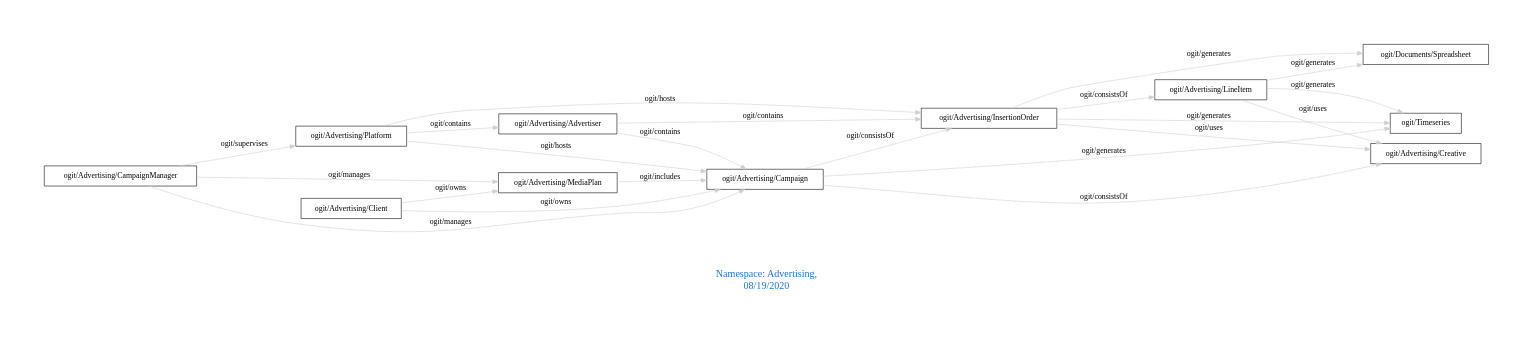
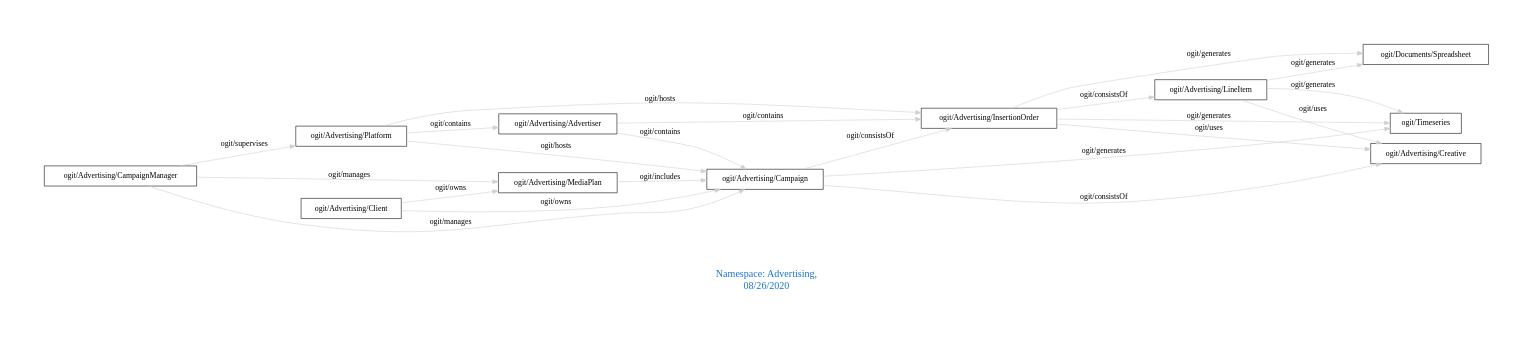
The diagram in downloads/Advertising.dot (arago/OGIT), drawn with Graphviz before and after one commit. The commit also changed 1814 other files, not shown here.

```diff
--- a/downloads/Advertising.dot
+++ b/downloads/Advertising.dot
@@ -1,29 +1,29 @@
 digraph OGIT_ontology {
  graph [ rankdir= LR,pad=1 
 fontsize = 18,
-fontcolor= dodgerblue3,label = "\n\n\nNamespace: Advertising, \n 08/19/2020"];
+fontcolor= dodgerblue3,label = "\n\n\nNamespace: Advertising, \n 08/26/2020"];
 node[shape=polygon];
 edge [  color="gray81"];
 
    "ogit/Advertising/Advertiser" -> "ogit/Advertising/Campaign" [label="   ogit/contains    "];
    "ogit/Advertising/Advertiser" -> "ogit/Advertising/InsertionOrder" [label="   ogit/contains    "];
    "ogit/Advertising/Platform" -> "ogit/Advertising/Advertiser" [label="   ogit/contains    "];
    "ogit/Advertising/CampaignManager" -> "ogit/Advertising/MediaPlan" [label="   ogit/manages    "];
    "ogit/Advertising/CampaignManager" -> "ogit/Advertising/Campaign" [label="   ogit/manages    "];
    "ogit/Advertising/Platform" -> "ogit/Advertising/Campaign" [label="   ogit/hosts    "];
    "ogit/Advertising/Platform" -> "ogit/Advertising/InsertionOrder" [label="   ogit/hosts    "];
    "ogit/Advertising/CampaignManager" -> "ogit/Advertising/Platform" [label="   ogit/supervises    "];
    "ogit/Advertising/Campaign" -> "ogit/Timeseries" [label="   ogit/generates    "];
    "ogit/Advertising/InsertionOrder" -> "ogit/Timeseries" [label="   ogit/generates    "];
    "ogit/Advertising/InsertionOrder" -> "ogit/Documents/Spreadsheet" [label="   ogit/generates    "];
    "ogit/Advertising/LineItem" -> "ogit/Timeseries" [label="   ogit/generates    "];
    "ogit/Advertising/LineItem" -> "ogit/Documents/Spreadsheet" [label="   ogit/generates    "];
    "ogit/Advertising/MediaPlan" -> "ogit/Advertising/Campaign" [label="   ogit/includes    "];
    "ogit/Advertising/Client" -> "ogit/Advertising/MediaPlan" [label="   ogit/owns    "];
    "ogit/Advertising/Client" -> "ogit/Advertising/Campaign" [label="   ogit/owns    "];
    "ogit/Advertising/InsertionOrder" -> "ogit/Advertising/Creative" [label="   ogit/uses    "];
    "ogit/Advertising/LineItem" -> "ogit/Advertising/Creative" [label="   ogit/uses    "];
    "ogit/Advertising/Campaign" -> "ogit/Advertising/InsertionOrder" [label="   ogit/consistsOf    "];
    "ogit/Advertising/Campaign" -> "ogit/Advertising/Creative" [label="   ogit/consistsOf    "];
    "ogit/Advertising/InsertionOrder" -> "ogit/Advertising/LineItem" [label="   ogit/consistsOf    "];
 }
```
